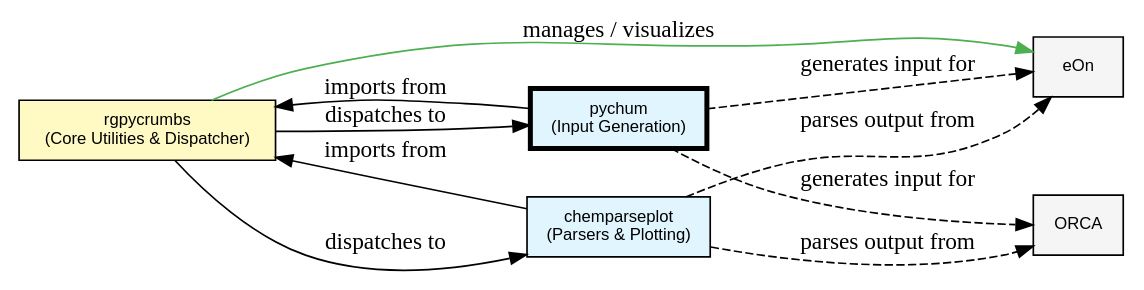
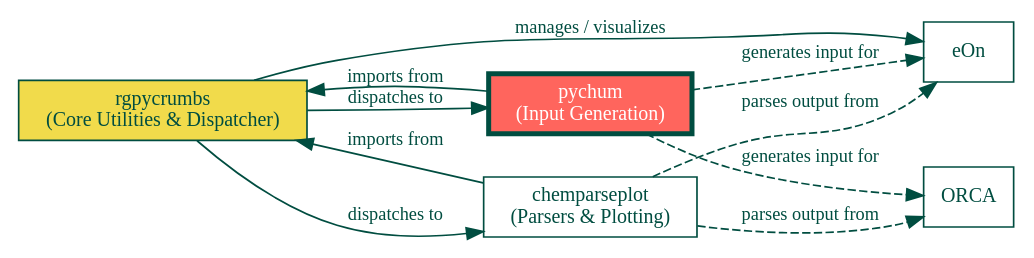
One commit to HaoZeke/pychum changed the diagram in docs/orgmode/index.org. Above: the diagram before and after it, drawn with Graphviz. The commit also changed other lines of this file and 23 other files, not shown here.

```diff
--- a/docs/orgmode/index.org
+++ b/docs/orgmode/index.org
@@ -8,30 +8,30 @@
 #+begin_src dot :file ecosystem.svg :exports results
 digraph G {
     rankdir=LR;
-    node [shape=box, style=filled, fontname="Helvetica", fontsize=10];
+    fontname="Jost";
+    node [shape=box, style=filled, fontname="Jost", fontsize=12, fillcolor="white", color="#004D40", fontcolor="#004D40"];
+    edge [fontname="Jost", fontsize=11, color="#004D40", fontcolor="#004D40"];
     compound=true;
 
-    // Nodes
-    rgpycrumbs [label="rgpycrumbs\n(Core Utilities & Dispatcher)", fillcolor="#fff9c4"];
-    pychum [label="pychum\n(Input Generation)", fillcolor="#e1f5fe", penwidth=3];
-    chemparseplot [label="chemparseplot\n(Parsers & Plotting)", fillcolor="#e1f5fe"];
+    rgpycrumbs [label="rgpycrumbs\n(Core Utilities & Dispatcher)", fillcolor="#F1DB4B"];
+    pychum [label="pychum\n(Input Generation)", fillcolor="#FF655D", fontcolor="white", penwidth=3];
+    chemparseplot [label="chemparseplot\n(Parsers & Plotting)"];
 
-    eon [label="eOn", fillcolor="#f5f5f5"];
-    orca [label="ORCA", fillcolor="#f5f5f5"];
+    eon [label="eOn"];
+    orca [label="ORCA"];
 
-    // Dependencies and Usage
     rgpycrumbs -> pychum [label="dispatches to"];
     rgpycrumbs -> chemparseplot [label="dispatches to"];
 
     chemparseplot -> rgpycrumbs [label="imports from"];
     pychum -> rgpycrumbs [label="imports from"];
 
     pychum -> eon [label="generates input for", style=dashed];
     pychum -> orca [label="generates input for", style=dashed];
 
     chemparseplot -> eon [label="parses output from", style=dashed];
     chemparseplot -> orca [label="parses output from", style=dashed];
 
-    rgpycrumbs -> eon [label="manages / visualizes", color="#4caf50"];
+    rgpycrumbs -> eon [label="manages / visualizes"];
 }
 #+end_src
```
